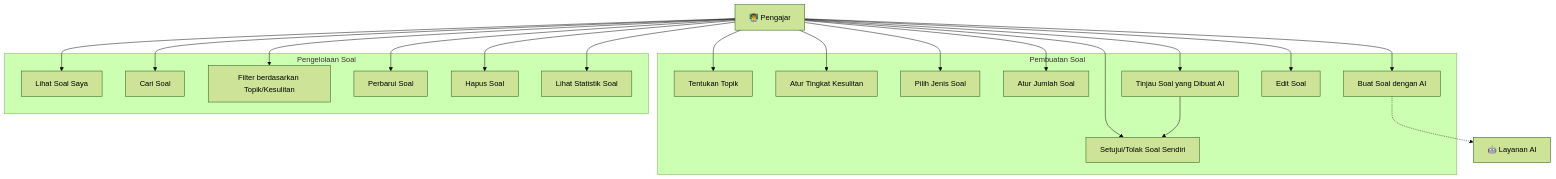
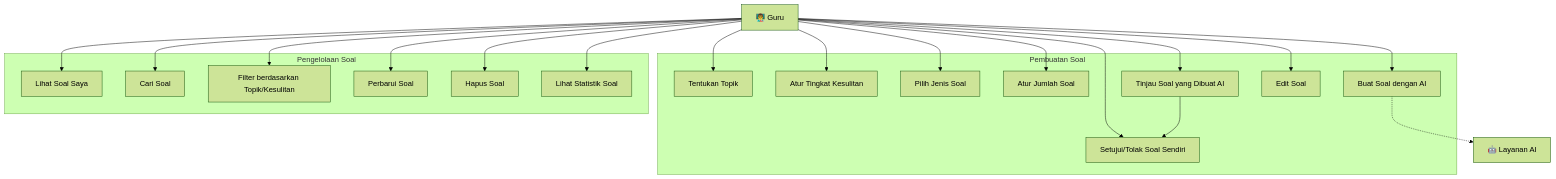
The fourth of 8 diagrams in use-case-diagrams.md (jonito2005/exam-expert-ai-docs), drawn with Mermaid (forest theme) before and after one commit. The commit also changed other lines of this file and 4 other files, not shown here.

````diff
--- a/use-case-diagrams.md
+++ b/use-case-diagrams.md
@@ -186,47 +287,47 @@
 ```mermaid
 graph TD
     %% Aktor
-    Teacher[👨‍🏫 Pengajar]
+    Teacher[👨‍🏫 Guru]
     AI[🤖 Layanan AI]
 
     %% Pembuatan Soal
     subgraph "Pembuatan Soal"
         QG1[Tentukan Topik]
         QG2[Atur Tingkat Kesulitan]
         QG3[Pilih Jenis Soal]
         QG4[Atur Jumlah Soal]
         QG5[Buat Soal dengan AI]
         QG6[Tinjau Soal yang Dibuat AI]
         QG7[Edit Soal]
         QG8[Setujui/Tolak Soal Sendiri]
     end
 
     %% Pengelolaan Soal
     subgraph "Pengelolaan Soal"
         QM1[Lihat Soal Saya]
         QM2[Cari Soal]
         QM3[Filter berdasarkan Topik/Kesulitan]
         QM4[Perbarui Soal]
         QM5[Hapus Soal]
         QM6[Lihat Statistik Soal]
     end
 
     %% Hubungan
     Teacher --> QG1
     Teacher --> QG2
     Teacher --> QG3
     Teacher --> QG4
     Teacher --> QG5
     Teacher --> QG6
     Teacher --> QG7
     Teacher --> QG8
     Teacher --> QM1
     Teacher --> QM2
     Teacher --> QM3
     Teacher --> QM4
     Teacher --> QM5
     Teacher --> QM6
 
     QG5 -.-> AI
     QG6 --> QG8
 ```
````
